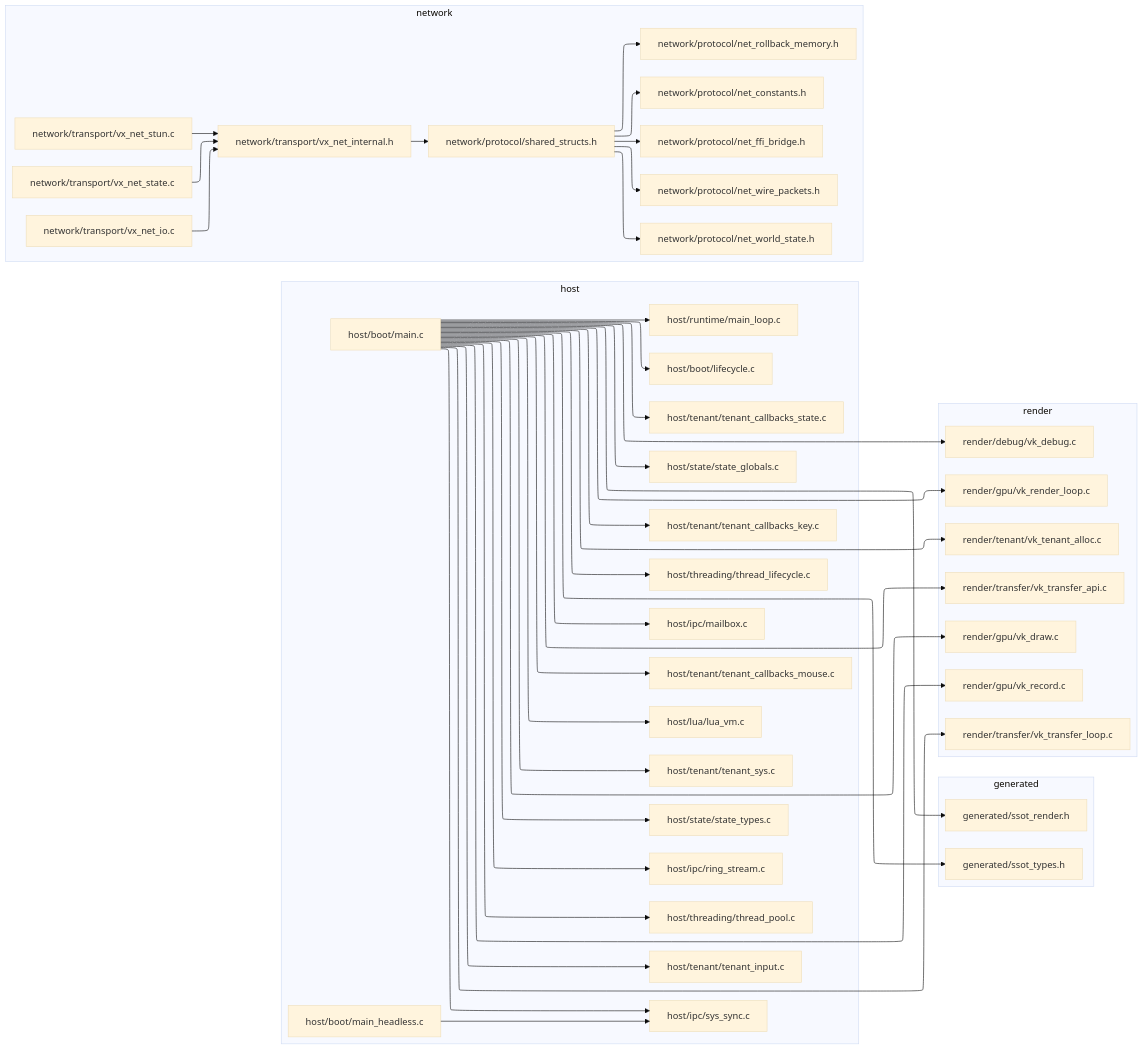
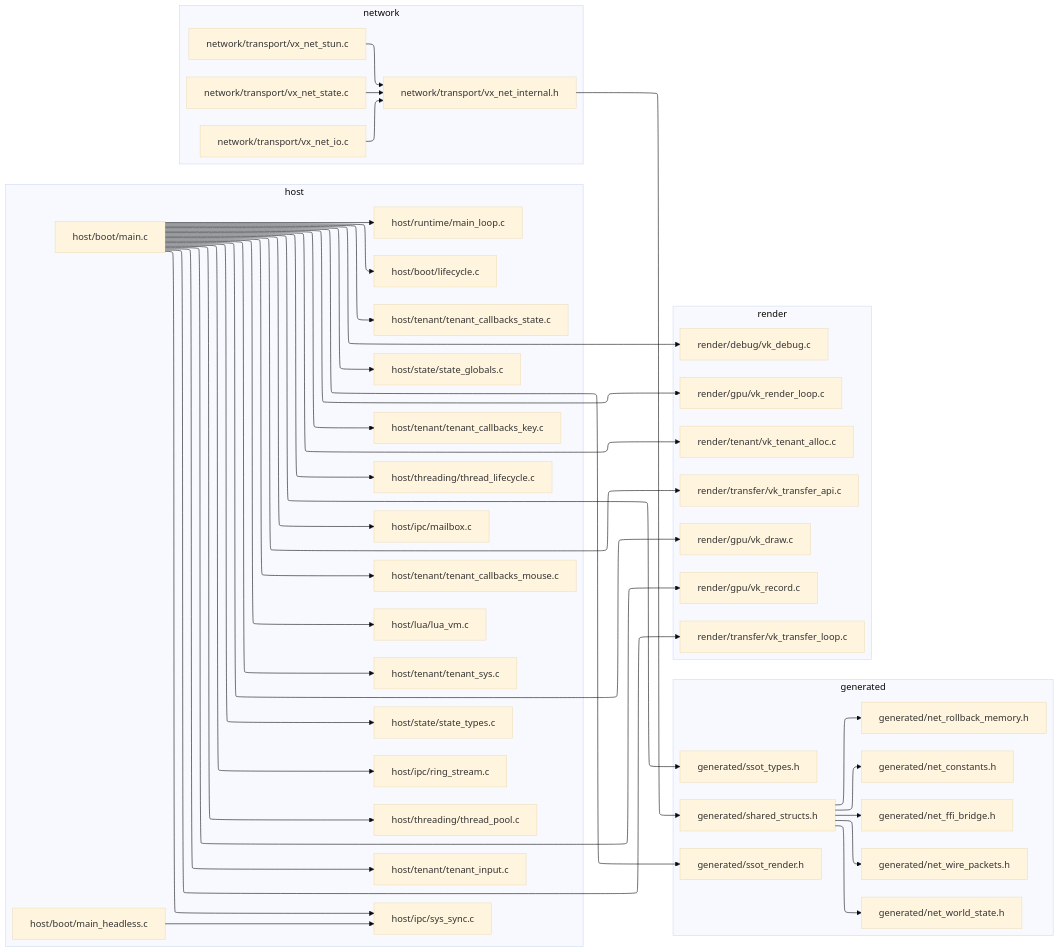
Before and after one commit to beyondbrokkoli/demo_engine: the diagram in docs/deps_c.md, drawn with Mermaid (base theme). The commit also changed 14 other files, not shown here.

```diff
--- a/docs/deps_c.md
+++ b/docs/deps_c.md
@@ -3,6 +3,12 @@
 flowchart LR
     %% WeaverEngine C Dependencies
     subgraph generated
+        generated_net_constants_h["generated/net_constants.h"]
+        generated_net_ffi_bridge_h["generated/net_ffi_bridge.h"]
+        generated_net_rollback_memory_h["generated/net_rollback_memory.h"]
+        generated_net_wire_packets_h["generated/net_wire_packets.h"]
+        generated_net_world_state_h["generated/net_world_state.h"]
+        generated_shared_structs_h["generated/shared_structs.h"]
         generated_ssot_render_h["generated/ssot_render.h"]
         generated_ssot_types_h["generated/ssot_types.h"]
     end
@@ -26,12 +32,6 @@
         host_threading_thread_pool_c["host/threading/thread_pool.c"]
     end
     subgraph network
-        network_protocol_net_constants_h["network/protocol/net_constants.h"]
-        network_protocol_net_ffi_bridge_h["network/protocol/net_ffi_bridge.h"]
-        network_protocol_net_rollback_memory_h["network/protocol/net_rollback_memory.h"]
-        network_protocol_net_wire_packets_h["network/protocol/net_wire_packets.h"]
-        network_protocol_net_world_state_h["network/protocol/net_world_state.h"]
-        network_protocol_shared_structs_h["network/protocol/shared_structs.h"]
         network_transport_vx_net_internal_h["network/transport/vx_net_internal.h"]
         network_transport_vx_net_io_c["network/transport/vx_net_io.c"]
         network_transport_vx_net_state_c["network/transport/vx_net_state.c"]
@@ -46,6 +46,11 @@
         render_transfer_vk_transfer_api_c["render/transfer/vk_transfer_api.c"]
         render_transfer_vk_transfer_loop_c["render/transfer/vk_transfer_loop.c"]
     end
+    generated_shared_structs_h --> generated_net_constants_h
+    generated_shared_structs_h --> generated_net_ffi_bridge_h
+    generated_shared_structs_h --> generated_net_rollback_memory_h
+    generated_shared_structs_h --> generated_net_wire_packets_h
+    generated_shared_structs_h --> generated_net_world_state_h
     host_boot_main_c --> generated_ssot_render_h
     host_boot_main_c --> generated_ssot_types_h
     host_boot_main_c --> host_boot_lifecycle_c
@@ -71,12 +76,7 @@
     host_boot_main_c --> render_transfer_vk_transfer_api_c
     host_boot_main_c --> render_transfer_vk_transfer_loop_c
     host_boot_main_headless_c --> host_ipc_sys_sync_c
-    network_protocol_shared_structs_h --> network_protocol_net_constants_h
-    network_protocol_shared_structs_h --> network_protocol_net_ffi_bridge_h
-    network_protocol_shared_structs_h --> network_protocol_net_rollback_memory_h
-    network_protocol_shared_structs_h --> network_protocol_net_wire_packets_h
-    network_protocol_shared_structs_h --> network_protocol_net_world_state_h
-    network_transport_vx_net_internal_h --> network_protocol_shared_structs_h
+    network_transport_vx_net_internal_h --> generated_shared_structs_h
     network_transport_vx_net_io_c --> network_transport_vx_net_internal_h
     network_transport_vx_net_state_c --> network_transport_vx_net_internal_h
     network_transport_vx_net_stun_c --> network_transport_vx_net_internal_h
```
